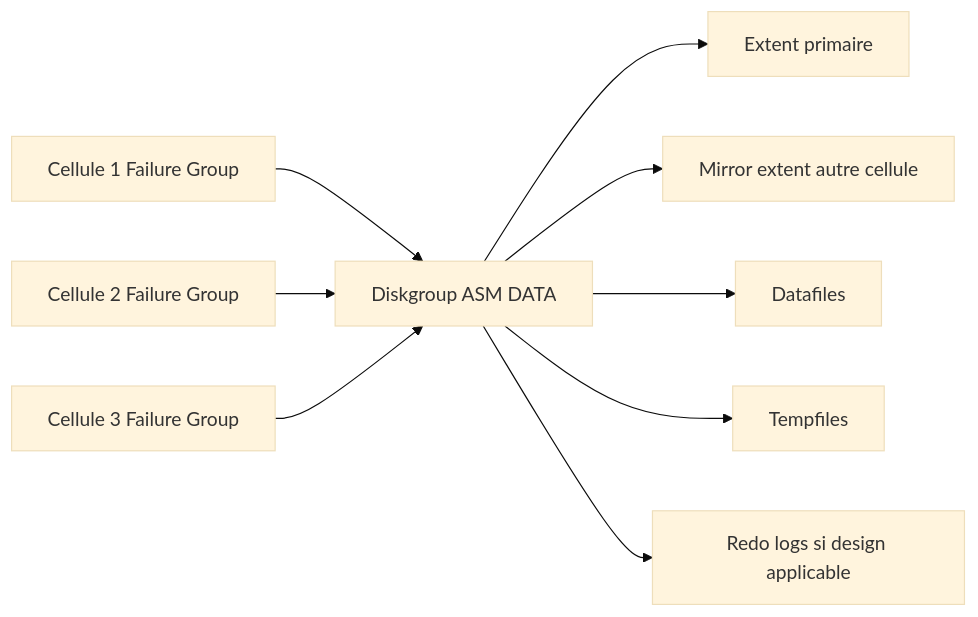
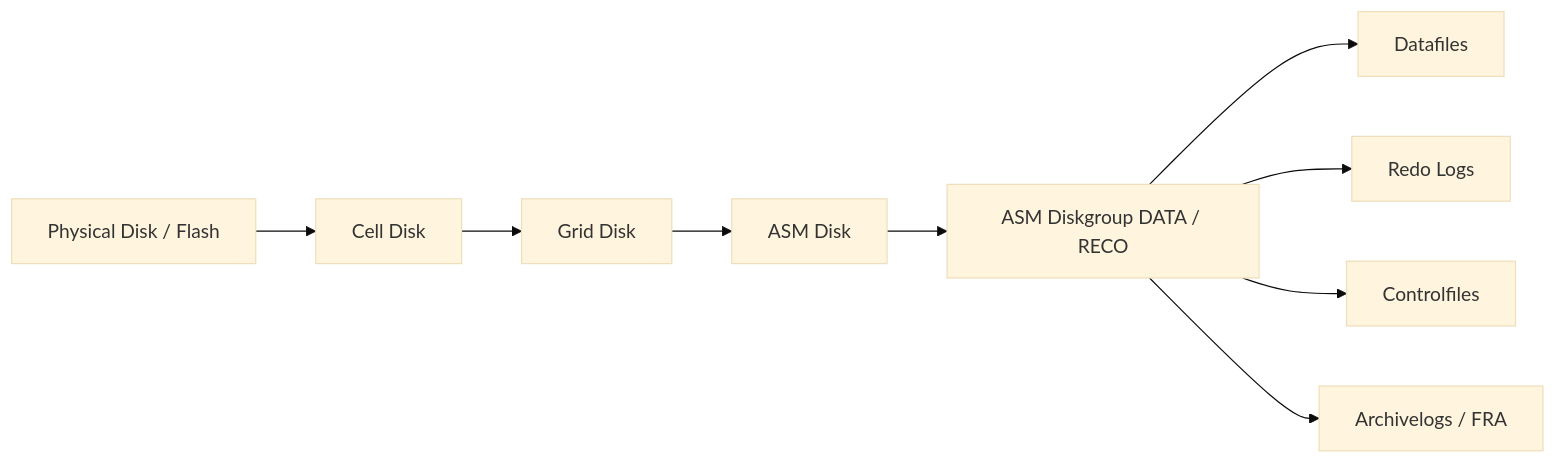
One commit to zdmooc/oracle-exadata-infra-ha-dr-course-labs-v5 changed the diagram in modules/07-asm-et-modele-de-stockage.md. Above: the diagram before and after it, drawn with Mermaid (base theme). The commit also changed other lines of this file, not shown here.

Commit message:
docs: rewrite module 07 asm storage model

````diff
--- a/modules/07-asm-et-modele-de-stockage.md
+++ b/modules/07-asm-et-modele-de-stockage.md
@@ -162,11 +61,11 @@
 ```mermaid
 flowchart LR
-    C1[Cellule 1 Failure Group] --> DG[Diskgroup ASM DATA]
-    C2[Cellule 2 Failure Group] --> DG
-    C3[Cellule 3 Failure Group] --> DG
-    DG --> E1[Extent primaire]
-    DG --> E2[Mirror extent autre cellule]
-    DG --> DBF[Datafiles]
-    DG --> TMP[Tempfiles]
-    DG --> REDO[Redo logs si design applicable]
+    A[Physical Disk / Flash] --> B[Cell Disk]
+    B --> C[Grid Disk]
+    C --> D[ASM Disk]
+    D --> E[ASM Diskgroup DATA / RECO]
+    E --> F[Datafiles]
+    E --> G[Redo Logs]
+    E --> H[Controlfiles]
+    E --> I[Archivelogs / FRA]
 ```
````
